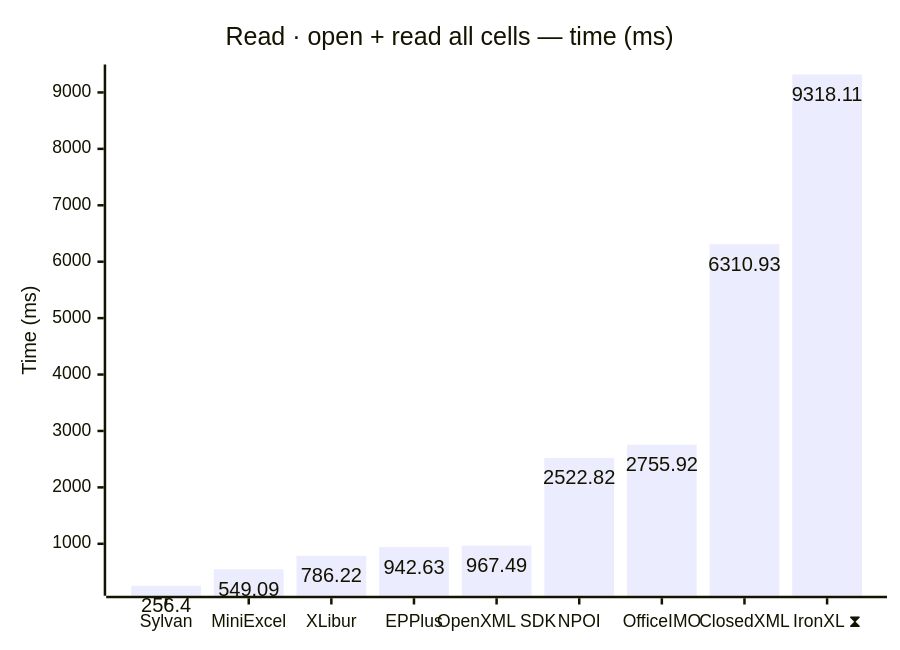
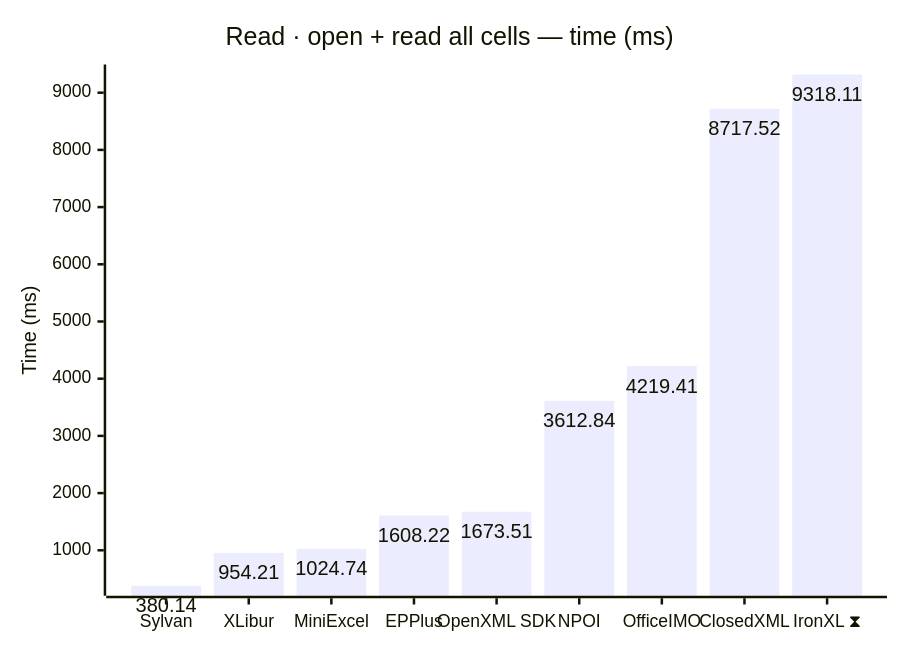
One commit to jafin/XLBench changed the third of 12 diagrams in docs/results-ci.md. Above: the diagram before and after it, drawn with Mermaid. The commit also changed other lines of this file, not shown here.

````diff
--- a/docs/results-ci.md
+++ b/docs/results-ci.md
@@ -69,12 +69,12 @@
 ```mermaid
 ---
 config:
   xyChart:
     showDataLabel: true
 ---
 xychart-beta
     title "Read · open + read all cells — time (ms)"
-    x-axis ["Sylvan", "MiniExcel", "XLibur", "EPPlus", "OpenXML SDK", "NPOI", "OfficeIMO", "ClosedXML", "IronXL ⧗"]
+    x-axis ["Sylvan", "XLibur", "MiniExcel", "EPPlus", "OpenXML SDK", "NPOI", "OfficeIMO", "ClosedXML", "IronXL ⧗"]
     y-axis "Time (ms)"
-    bar [256.4, 549.09, 786.22, 942.63, 967.49, 2522.82, 2755.92, 6310.93, 9318.11]
+    bar [380.14, 954.21, 1024.74, 1608.22, 1673.51, 3612.84, 4219.41, 8717.52, 9318.11]
 ```
````
